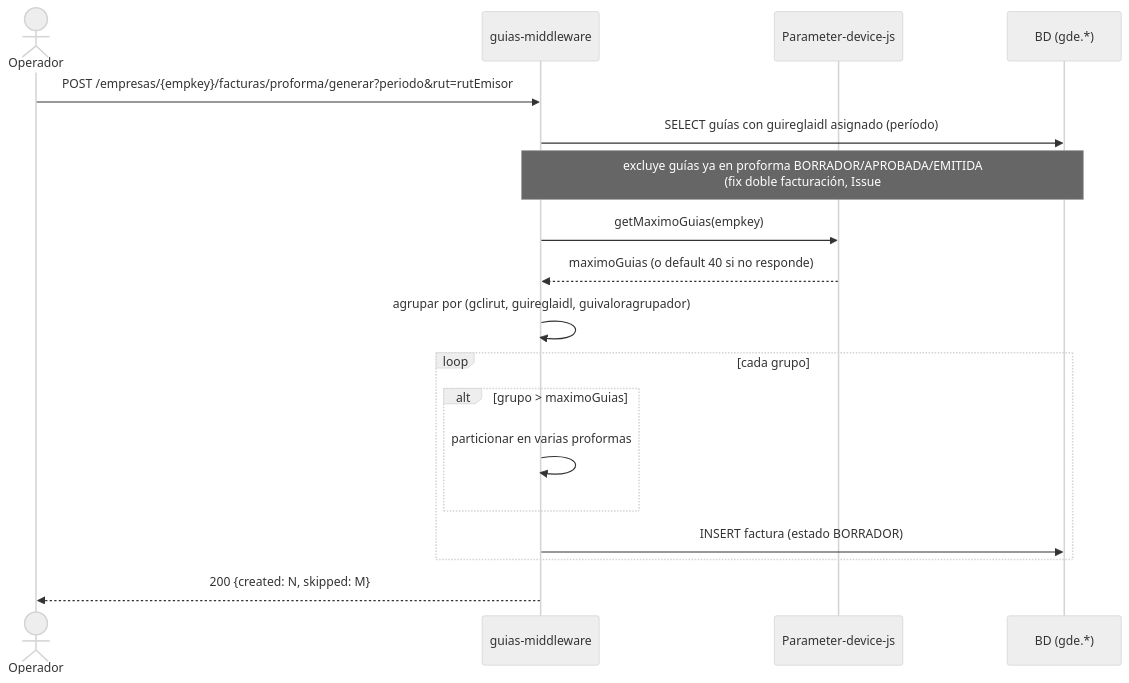
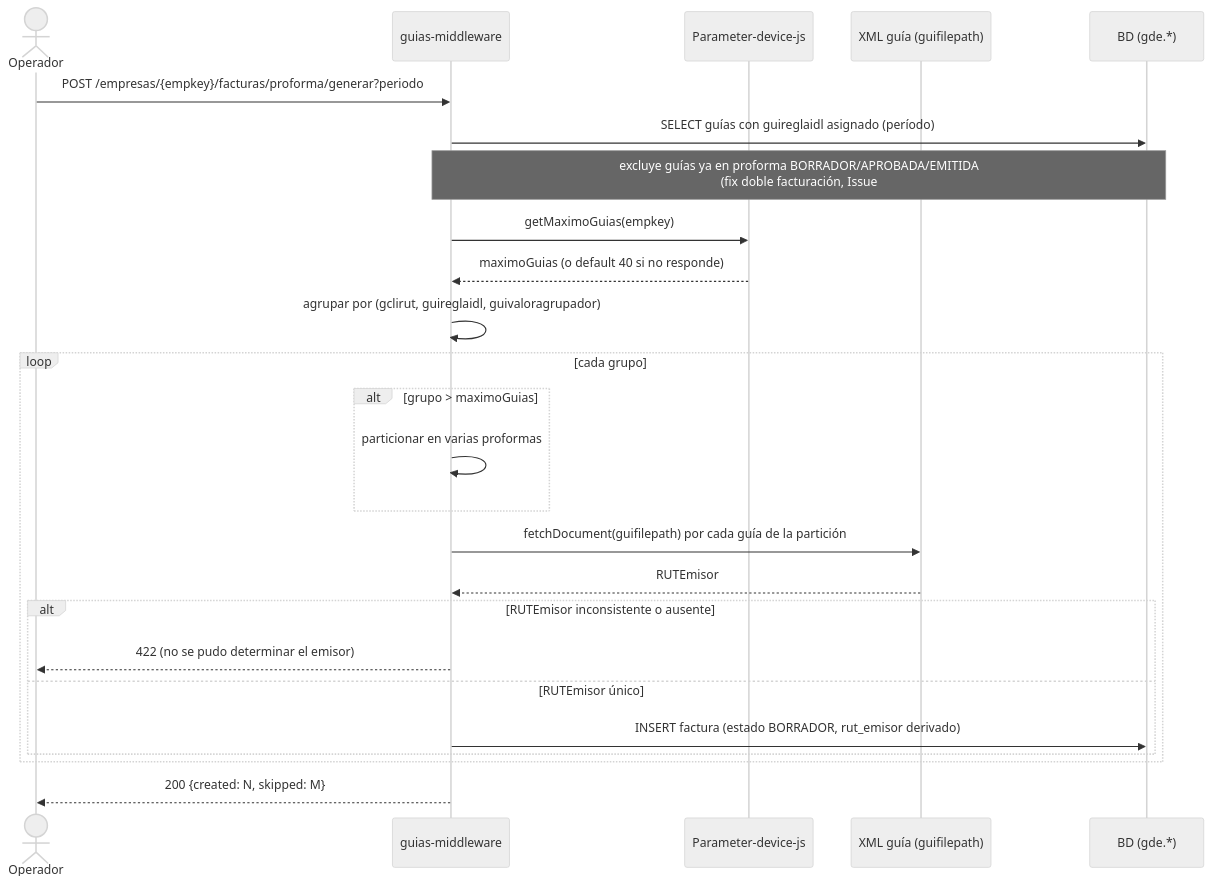
The third of 6 diagrams in docs/casos-de-uso-diagramas-secuencia-2026-07-17.md (matop/facturador-guias-backend), drawn with Mermaid (neutral theme) before and after one commit. The commit also changed other lines of this file and 5 other files, not shown here.

First line of the commit message:
fix: derivar rutEmisor del XML de guia en vez de pedirlo al operador (#70)

````diff
--- a/docs/casos-de-uso-diagramas-secuencia-2026-07-17.md
+++ b/docs/casos-de-uso-diagramas-secuencia-2026-07-17.md
@@ -105,21 +106,28 @@
 ```mermaid
 sequenceDiagram
     actor Operador
     participant MW as guias-middleware
     participant PDJ as Parameter-device-js
+    participant XML as XML guía (guifilepath)
     participant DB as BD (gde.*)
 
-    Operador->>MW: POST /empresas/{empkey}/facturas/proforma/generar?periodo&rut=rutEmisor
+    Operador->>MW: POST /empresas/{empkey}/facturas/proforma/generar?periodo
     MW->>DB: SELECT guías con guireglaidl asignado (período)
     Note over MW,DB: excluye guías ya en proforma BORRADOR/APROBADA/EMITIDA<br/>(fix doble facturación, Issue #48)
     MW->>PDJ: getMaximoGuias(empkey)
     PDJ-->>MW: maximoGuias (o default 40 si no responde)
     MW->>MW: agrupar por (gclirut, guireglaidl, guivaloragrupador)
     loop cada grupo
         alt grupo > maximoGuias
             MW->>MW: particionar en varias proformas
         end
-        MW->>DB: INSERT factura (estado BORRADOR)
+        MW->>XML: fetchDocument(guifilepath) por cada guía de la partición
+        XML-->>MW: RUTEmisor
+        alt RUTEmisor inconsistente o ausente
+            MW-->>Operador: 422 (no se pudo determinar el emisor)
+        else RUTEmisor único
+            MW->>DB: INSERT factura (estado BORRADOR, rut_emisor derivado)
+        end
     end
     MW-->>Operador: 200 {created: N, skipped: M}
 ```
````
